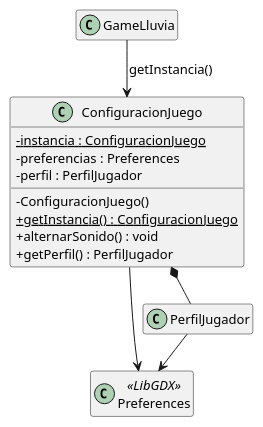
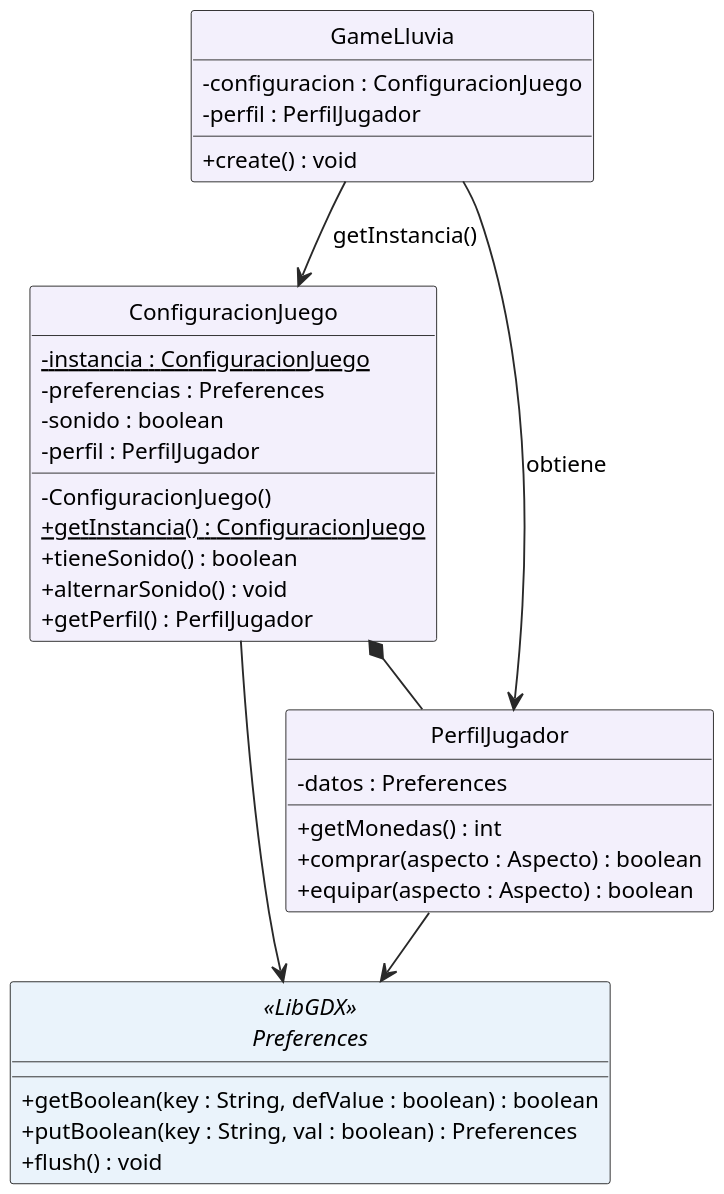
The second of 5 diagrams in docs/REPORTE.md (maverick1006/Proyecto-Game-LLuvia-), drawn with PlantUML before and after one commit. The commit also changed other lines of this file and 38 other files, not shown here.

Commit message:
Revisa pauta y documentos del equipo con UML detallados y guias de apertura

````diff
--- a/docs/REPORTE.md
+++ b/docs/REPORTE.md
@@ -269,27 +299,52 @@
 ```plantuml
 @startuml
 !pragma layout smetana
 skinparam backgroundColor white
 skinparam shadowing false
 skinparam classAttributeIconSize 0
-skinparam defaultFontName SansSerif
-skinparam defaultFontSize 13
-hide empty members
+skinparam defaultFontName Courier New
+skinparam defaultFontSize 12
+skinparam dpi 180
+skinparam roundcorner 3
+skinparam ArrowColor #292929
+skinparam classBorderColor #292929
+skinparam classBackgroundColor #F3F0FC
+skinparam classBackgroundColor<<abstracta>> #FFFCEB
+skinparam classBackgroundColor<<interfaz>> #F0FAF0
+skinparam classBackgroundColor<<LibGDX>> #EAF3FB
+hide circle
 class ConfiguracionJuego {
  - {static} instancia : ConfiguracionJuego
  - preferencias : Preferences
+ - sonido : boolean
  - perfil : PerfilJugador
  - ConfiguracionJuego()
  + {static} getInstancia() : ConfiguracionJuego
+ + tieneSonido() : boolean
  + alternarSonido() : void
  + getPerfil() : PerfilJugador
 }
-class GameLluvia
-class Preferences <<LibGDX>>
-class PerfilJugador
+class PerfilJugador {
+ - datos : Preferences
+ + getMonedas() : int
+ + comprar(aspecto : Aspecto) : boolean
+ + equipar(aspecto : Aspecto) : boolean
+}
+class GameLluvia {
+ - configuracion : ConfiguracionJuego
+ - perfil : PerfilJugador
+ + create() : void
+}
+interface Preferences <<LibGDX>> {
+ + getBoolean(key : String, defValue : boolean) : boolean
+ + putBoolean(key : String, val : boolean) : Preferences
+ + flush() : void
+}
 GameLluvia --> ConfiguracionJuego : getInstancia()
+GameLluvia --> PerfilJugador : obtiene
 ConfiguracionJuego --> Preferences
 ConfiguracionJuego *-- PerfilJugador
 PerfilJugador --> Preferences
+
 @enduml
 ```
````
